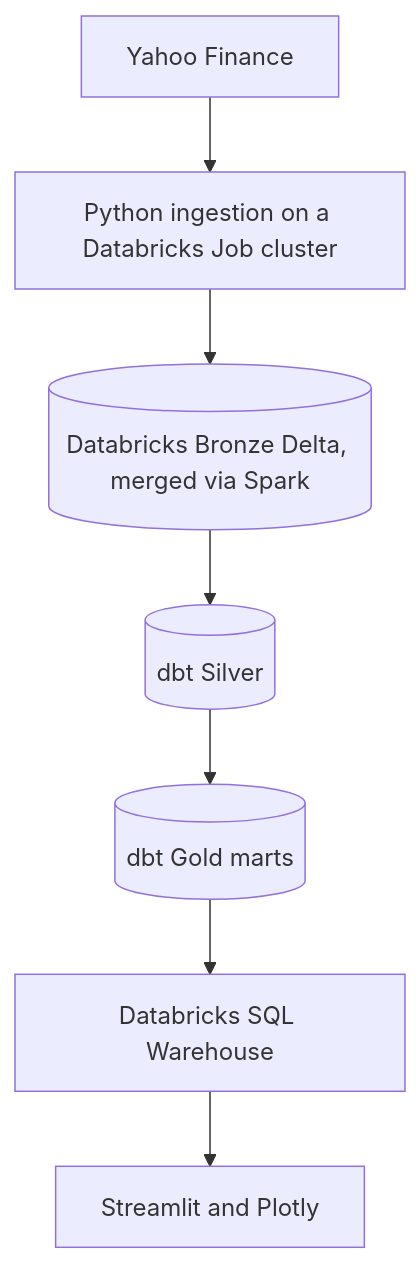
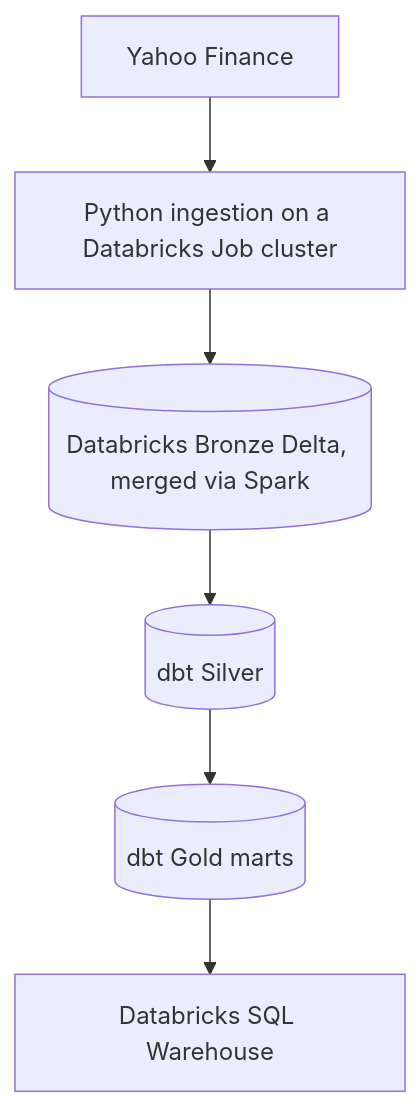
Before and after one commit to Hamza-Abbas/ETF-Market-Intelligence-Pipeline: the diagram in README.md, drawn with Mermaid. The commit also changed other lines of this file and 7 other files, not shown here.

````diff
--- a/README.md
+++ b/README.md
@@ -50,9 +48,8 @@
 ```mermaid
 flowchart TD
     A[Yahoo Finance] --> B[Python ingestion on a Databricks Job cluster]
     B --> C[(Databricks Bronze Delta, merged via Spark)]
     C --> D[(dbt Silver)]
     D --> E[(dbt Gold marts)]
     E --> F[Databricks SQL Warehouse]
-    F --> G[Streamlit and Plotly]
 ```
````
